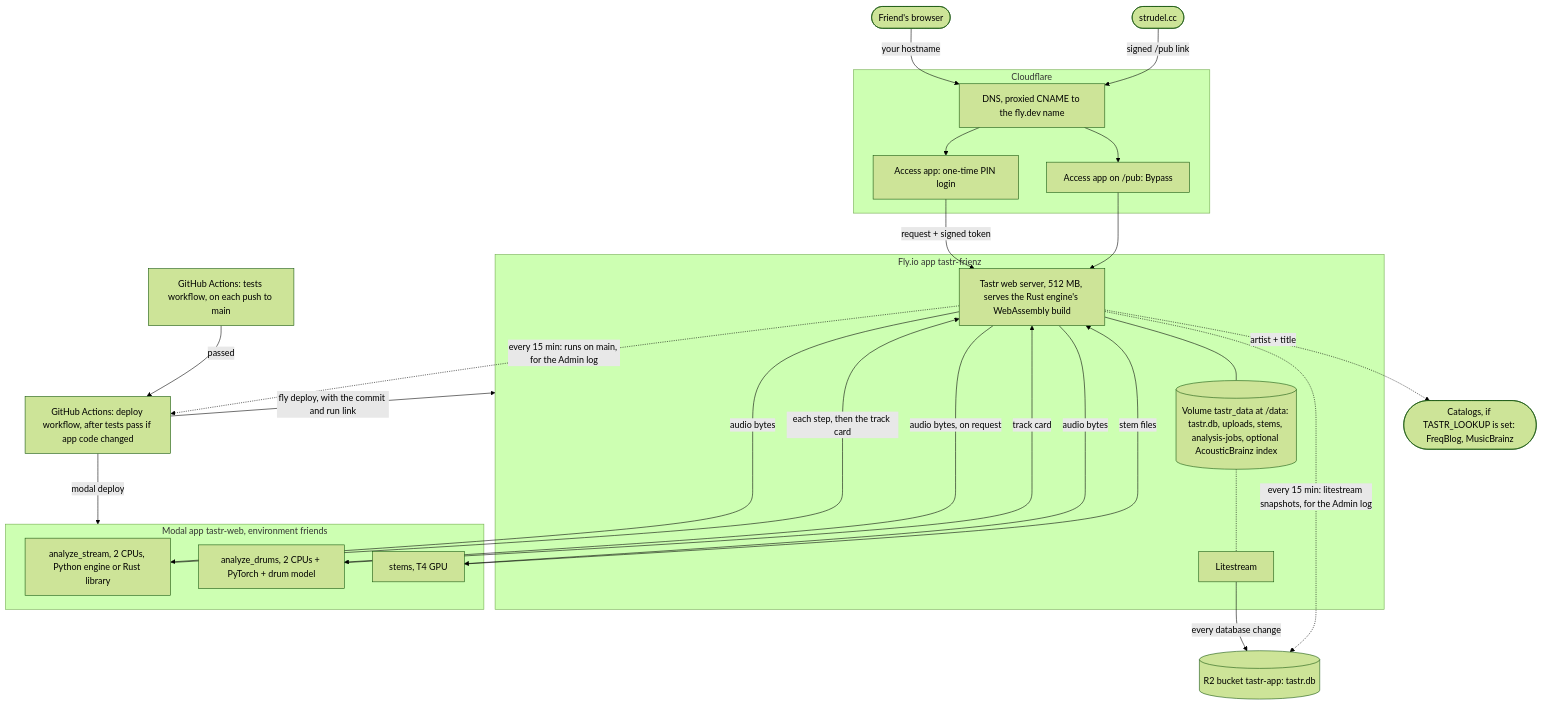
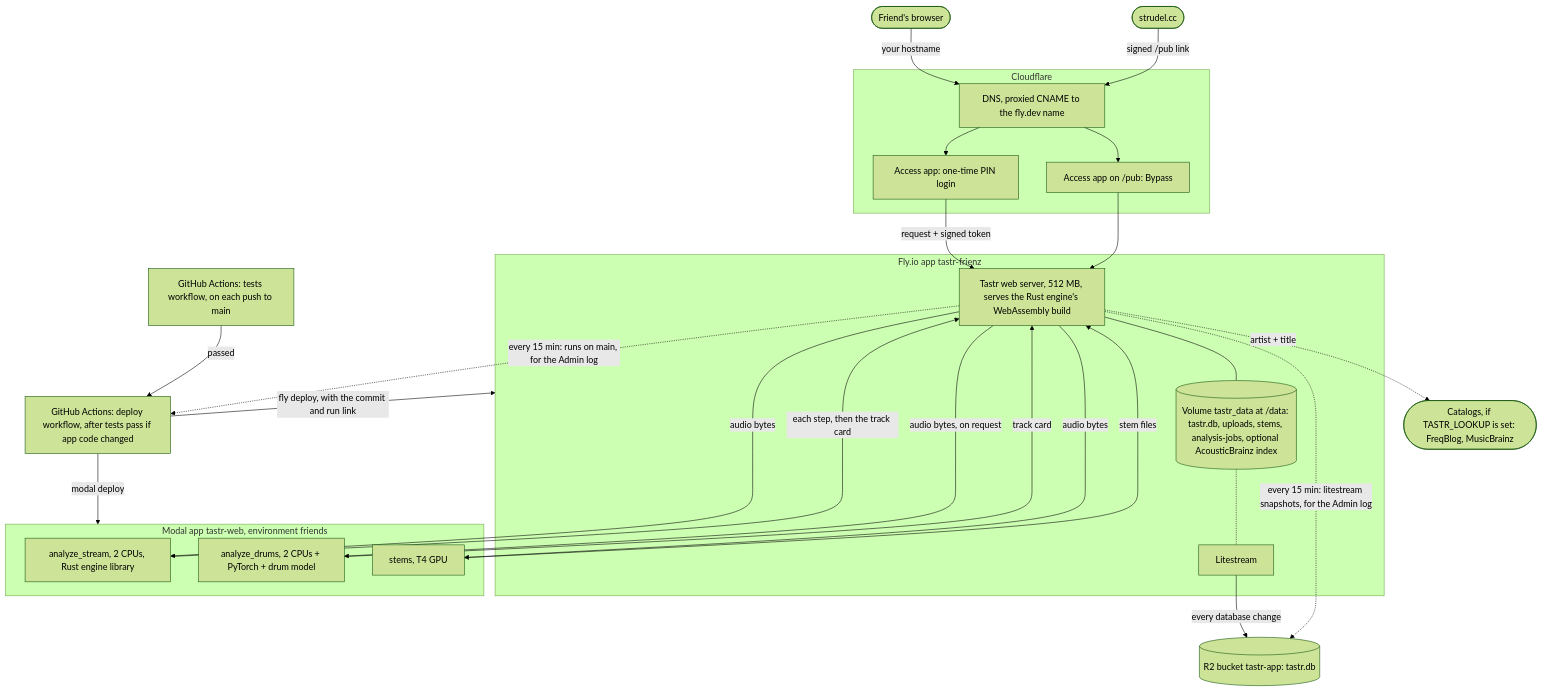
One commit to pocketIlmatto/tastr changed the first of 2 diagrams in docs/hosting-map.md. Above: the diagram before and after it, drawn with Mermaid (forest theme). The commit also changed other lines of this file and 20 other files, not shown here.

First line of the commit message:
Make every card in the Rust engine, with no Python fallback (TAS-47, part 1) (#74)

````diff
--- a/docs/hosting-map.md
+++ b/docs/hosting-map.md
@@ -25,39 +25,39 @@
 ```mermaid
 flowchart TB
   F([Friend's browser])
   S([strudel.cc])
   subgraph CF[Cloudflare]
     DNS[DNS, proxied CNAME to the fly.dev name]
     ACC[Access app: one-time PIN login]
     BYP[Access app on /pub: Bypass]
   end
   subgraph FLY[Fly.io app tastr-frienz]
     WEB[Tastr web server, 512 MB, serves the Rust engine's WebAssembly build]
     VOL[(Volume tastr_data at /data: tastr.db, uploads, stems, analysis-jobs, optional AcousticBrainz index)]
     LS[Litestream]
   end
   subgraph MOD[Modal app tastr-web, environment friends]
-    AN[analyze_stream, 2 CPUs, Python engine or Rust library]
+    AN[analyze_stream, 2 CPUs, Rust engine library]
     AD[analyze_drums, 2 CPUs + PyTorch + drum model]
     ST[stems, T4 GPU]
   end
   R2[(R2 bucket tastr-app: tastr.db)]
   GHT[GitHub Actions: tests workflow, on each push to main]
   GH[GitHub Actions: deploy workflow, after tests pass if app code changed]
   CAT([Catalogs, if TASTR_LOOKUP is set: FreqBlog, MusicBrainz])
 
   F -->|your hostname| DNS --> ACC -->|request + signed token| WEB
   S -->|signed /pub link| DNS --> BYP --> WEB
   WEB --- VOL
   VOL -.- LS
   LS -->|every database change| R2
   WEB -->|audio bytes| AN -->|each step, then the track card| WEB
   WEB -->|audio bytes, on request| AD -->|track card| WEB
   WEB -->|audio bytes| ST -->|stem files| WEB
   WEB -.->|artist + title| CAT
   GHT -->|passed| GH
   GH -->|modal deploy| MOD
   GH -->|fly deploy, with the commit and run link| FLY
   WEB -.->|every 15 min: runs on main, for the Admin log| GH
   WEB -.->|every 15 min: litestream snapshots, for the Admin log| R2
 ```
````
